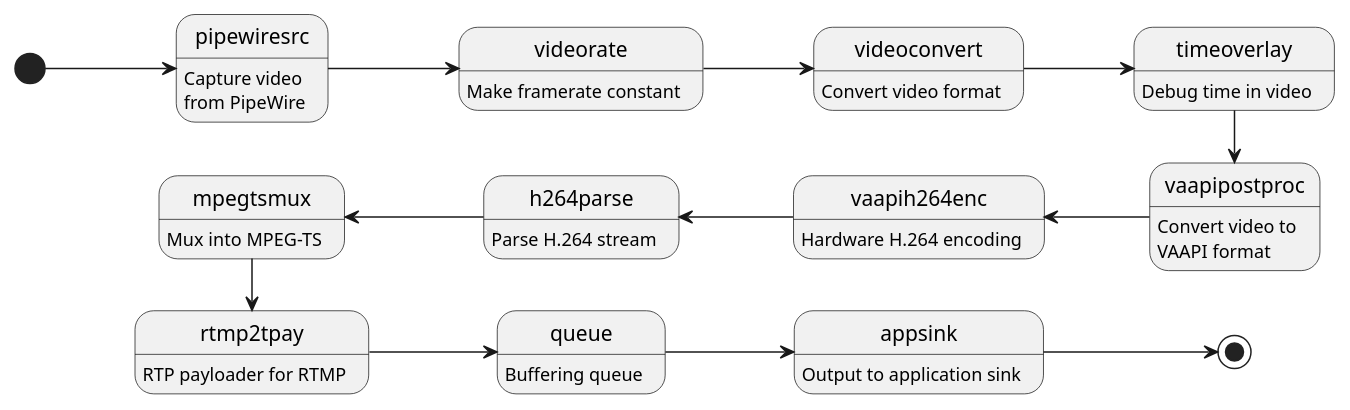
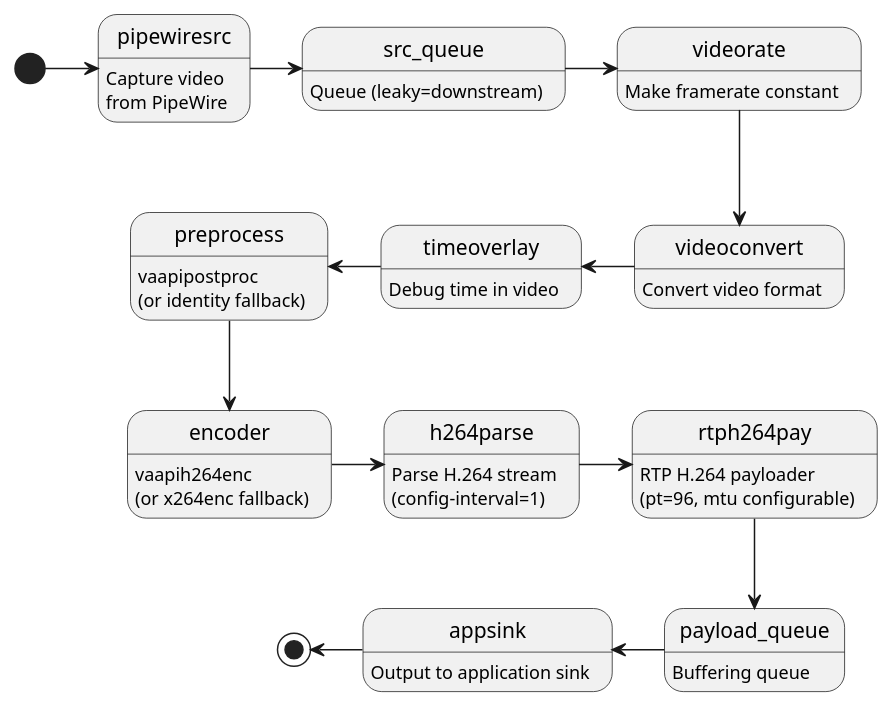
One commit to Luxuride/distributed-video-streaming-platform-thesis changed the diagram in recorder-pipeline.puml. Above: the diagram before and after it, drawn with PlantUML. The commit also changed 3 other files, not shown here.

Commit message:
Update diagrams

```diff
--- a/recorder-pipeline.puml
+++ b/recorder-pipeline.puml
@@ -1,26 +1,26 @@
 @startuml
-left to right direction
-[*] --> pipewiresrc
+top to bottom direction
 pipewiresrc: Capture video\nfrom PipeWire
-pipewiresrc --> videorate
+src_queue: Queue (leaky=downstream)
 videorate: Make framerate constant
-videorate --> videoconvert
 videoconvert: Convert video format
-videoconvert --> timeoverlay
 timeoverlay: Debug time in video
-timeoverlay -right-> vaapipostproc
-vaapipostproc: Convert video to\nVAAPI format
-vaapipostproc -up-> vaapih264enc
-vaapih264enc: Hardware H.264 encoding
-vaapih264enc -up-> h264parse
-h264parse: Parse H.264 stream
-h264parse -up-> mpegtsmux
-mpegtsmux: Mux into MPEG-TS
-mpegtsmux -right-> rtmp2tpay
-rtmp2tpay: RTP payloader for RTMP
-rtmp2tpay --> queue
-queue: Buffering queue
-queue --> appsink
+preprocess: vaapipostproc\n(or identity fallback)
+encoder: vaapih264enc\n(or x264enc fallback)
+h264parse: Parse H.264 stream\n(config-interval=1)
+rtph264pay: RTP H.264 payloader\n(pt=96, mtu configurable)
+payload_queue: Buffering queue
 appsink: Output to application sink
-appsink --> [*]
+[*] -right-> pipewiresrc
+pipewiresrc -right-> src_queue
+src_queue -right-> videorate
+videorate -down-> videoconvert
+videoconvert -left-> timeoverlay
+timeoverlay -left-> preprocess
+preprocess -down-> encoder
+encoder -right-> h264parse
+h264parse -right-> rtph264pay
+rtph264pay -down-> payload_queue
+payload_queue -left-> appsink
+appsink -left-> [*]
 @enduml
```
